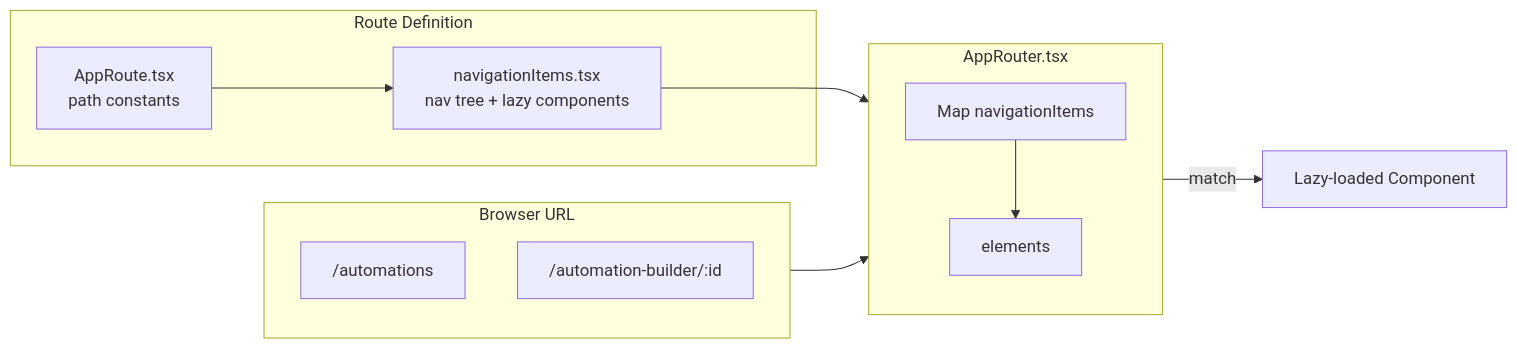
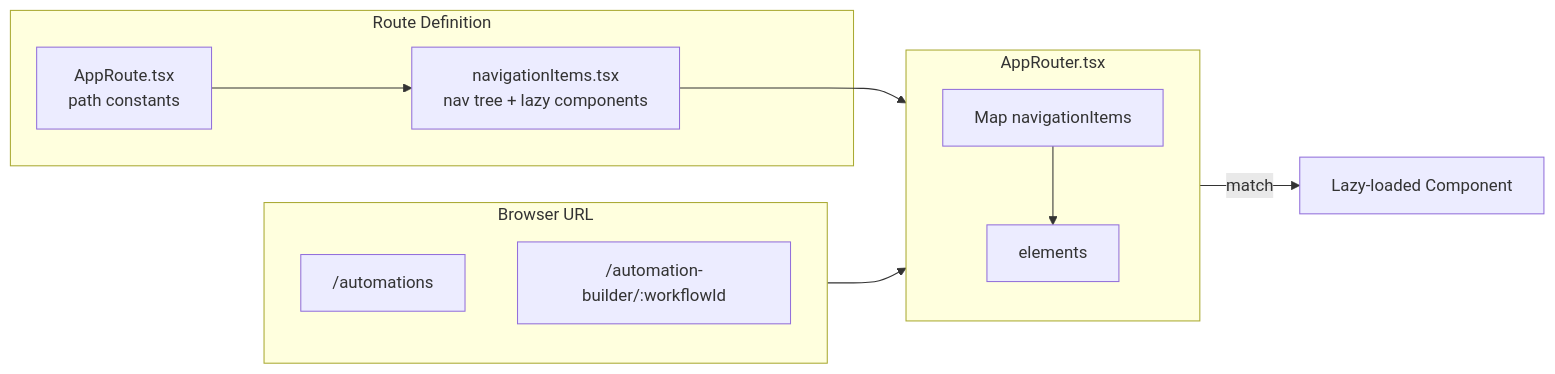
Before and after one commit to alinabuzachis/syntara: the sixth of 19 diagrams in docs/architecture.md, drawn with Mermaid. The commit also changed other lines of this file and 12 other files, not shown here.

````diff
--- a/docs/architecture.md
+++ b/docs/architecture.md
@@ -320,23 +320,23 @@
 ```mermaid
 flowchart LR
   subgraph Definition["Route Definition"]
     AR[AppRoute.tsx<br/>path constants]
     NI[navigationItems.tsx<br/>nav tree + lazy components]
   end
 
   subgraph Router["AppRouter.tsx"]
     Map["Map navigationItems"]
     Route["<Route> elements"]
     Map --> Route
   end
 
   subgraph URL["Browser URL"]
     U["/automations"]
-    U2["/automation-builder/:id"]
+    U2["/automation-builder/:workflowId"]
   end
 
   AR --> NI
   NI --> Router
   URL --> Router
   Router -->|"match"| Component["Lazy-loaded Component"]
 ```
````
